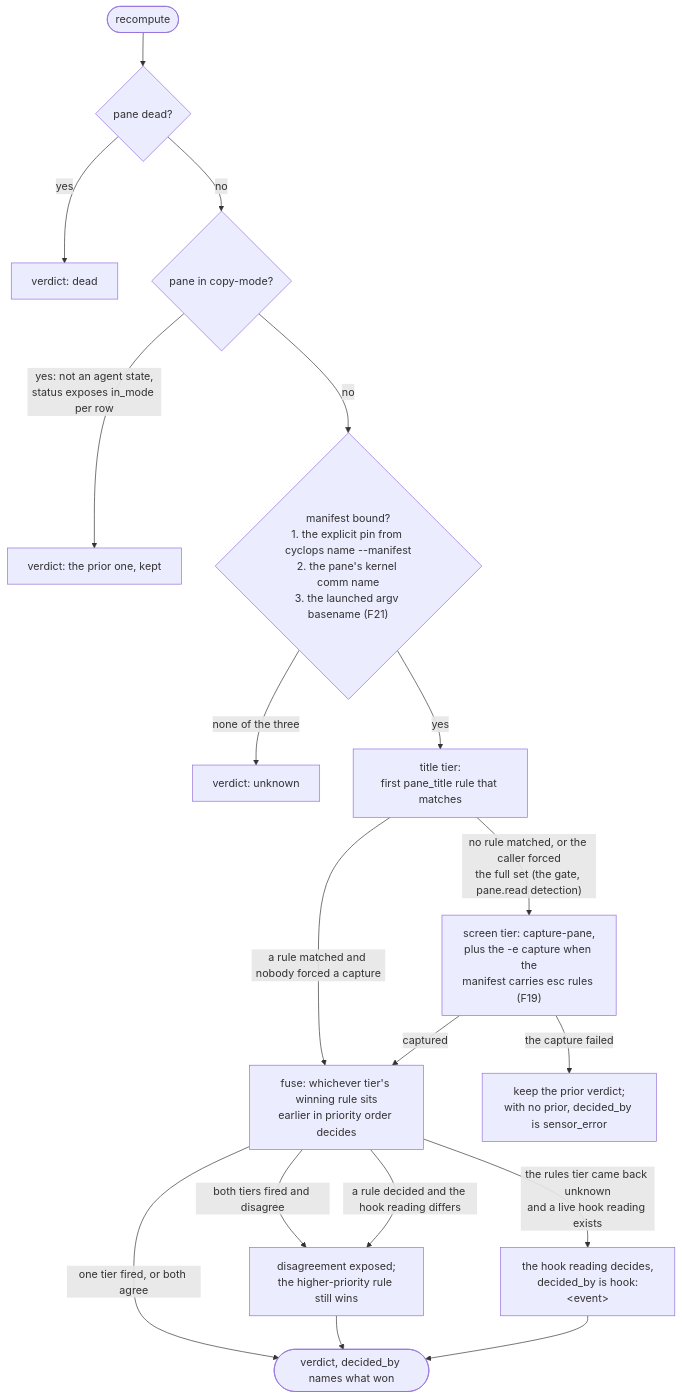
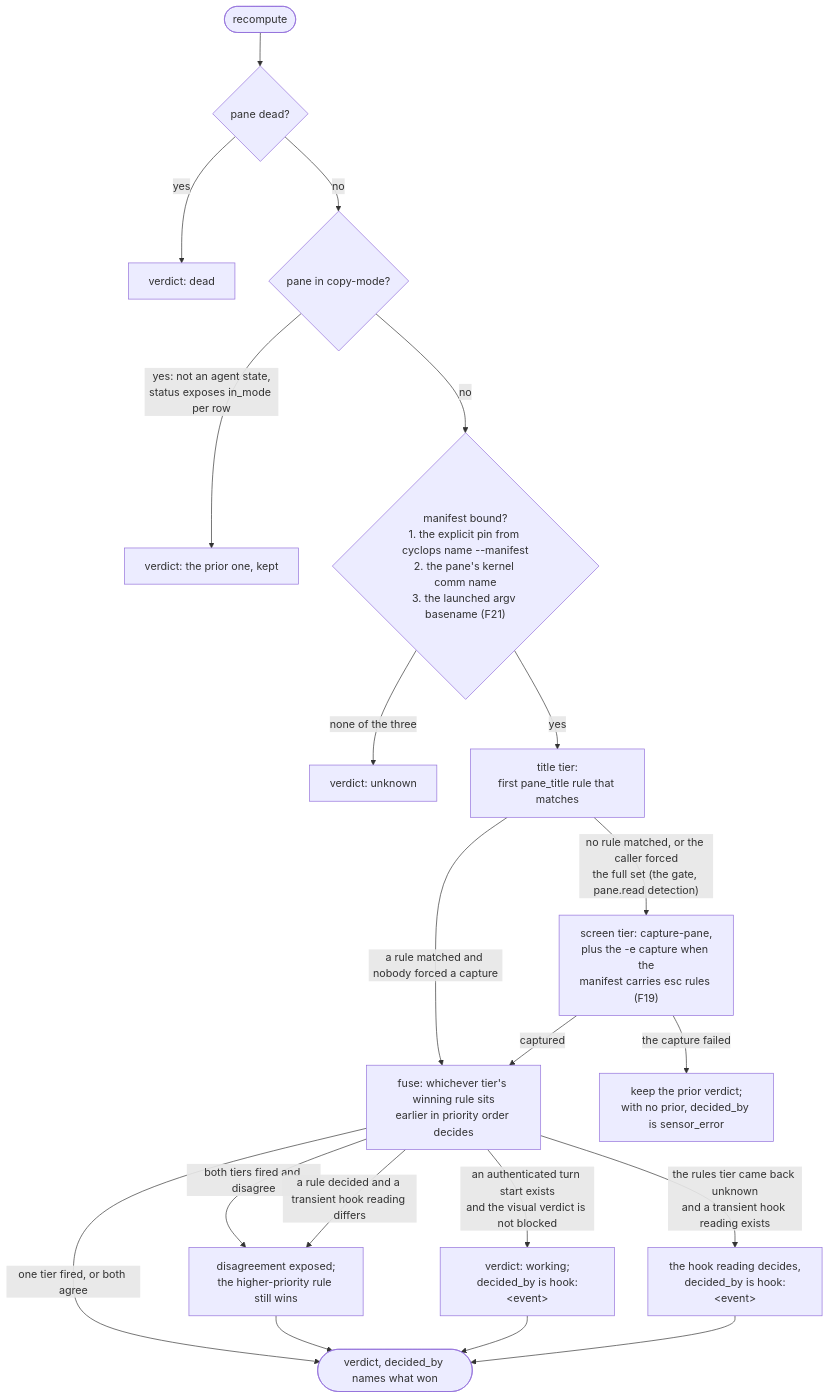
The third of 10 diagrams in docs/development/ARCHITECTURE.md (cyclops-team/cyclops), drawn with Mermaid before and after one commit. The commit also changed other lines of this file and 4 other files, not shown here.

````diff
--- a/docs/development/ARCHITECTURE.md
+++ b/docs/development/ARCHITECTURE.md
@@ -75,20 +81,22 @@
 ```mermaid
 flowchart TD
     rc(["recompute"]) --> dead{"pane dead?"}
     dead -->|yes| isdead["verdict: dead"]
     dead -->|no| mode{"pane in copy-mode?"}
     mode -->|"yes: not an agent state,<br/>status exposes in_mode per row"| prior["verdict: the prior one, kept"]
     mode -->|no| bound{"manifest bound?<br/>1. the explicit pin from cyclops name --manifest<br/>2. the pane's kernel comm name<br/>3. the launched argv basename (F21)"}
     bound -->|"none of the three"| unknown["verdict: unknown"]
     bound -->|yes| title["title tier:<br/>first pane_title rule that matches"]
     title -->|"a rule matched and nobody forced a capture"| fuse
     title -->|"no rule matched, or the caller forced<br/>the full set (the gate, pane.read detection)"| screen["screen tier: capture-pane,<br/>plus the -e capture when the<br/>manifest carries esc rules (F19)"]
     screen -->|"the capture failed"| doubt["keep the prior verdict;<br/>with no prior, decided_by is sensor_error"]
     screen -->|"captured"| fuse["fuse: whichever tier's winning rule sits<br/>earlier in priority order decides"]
     fuse -->|"one tier fired, or both agree"| verdict(["verdict, decided_by names what won"])
     fuse -->|"both tiers fired and disagree"| flag["disagreement exposed;<br/>the higher-priority rule still wins"]
-    fuse -->|"the rules tier came back unknown<br/>and a live hook reading exists"| hook["the hook reading decides,<br/>decided_by is hook:&lt;event&gt;"]
-    fuse -->|"a rule decided and the hook reading differs"| flag
+    fuse -->|"an authenticated turn start exists<br/>and the visual verdict is not blocked"| start["verdict: working;<br/>decided_by is hook:&lt;event&gt;"]
+    fuse -->|"the rules tier came back unknown<br/>and a transient hook reading exists"| hook["the hook reading decides,<br/>decided_by is hook:&lt;event&gt;"]
+    fuse -->|"a rule decided and a transient hook reading differs"| flag
     flag --> verdict
+    start --> verdict
     hook --> verdict
 ```
````
